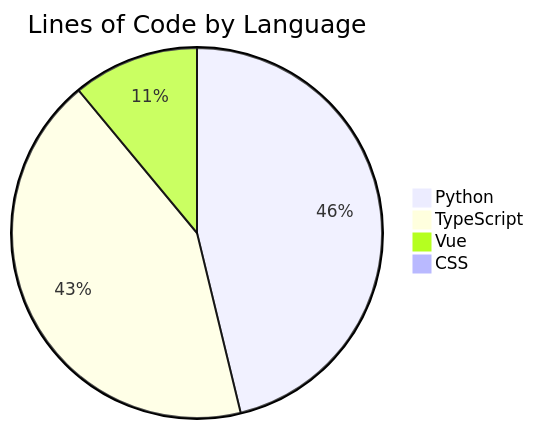
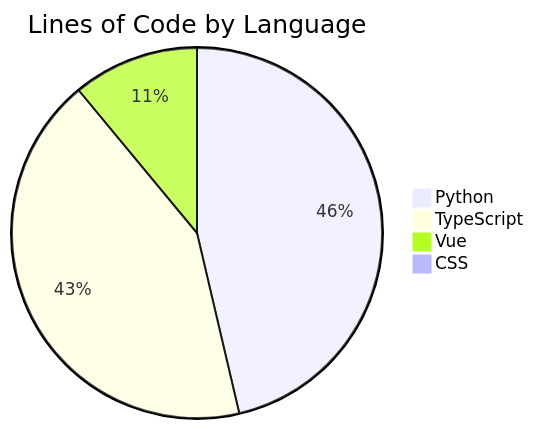
Before and after one commit to ISW-stack/AI3L-Community: the diagram in README.md, drawn with Mermaid. The commit also changed other lines of this file and 1 other file, not shown here.

````diff
--- a/README.md
+++ b/README.md
@@ -247,7 +247,7 @@
 ```mermaid
 pie title Lines of Code by Language
-    "Python" : 82407
-    "TypeScript" : 76279
-    "Vue" : 19659
+    "Python" : 83512
+    "TypeScript" : 76882
+    "Vue" : 19848
     "CSS" : 109
 ```
````
